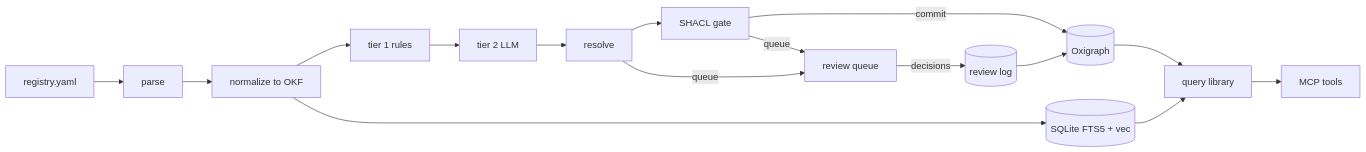
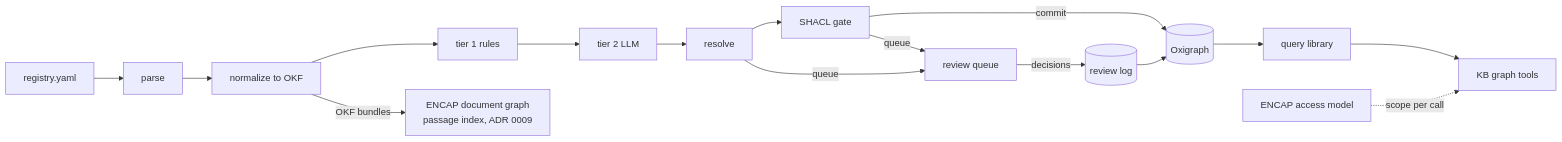
One commit to semanticarchitectures/acquisition-knowledge-system changed the diagram in .kiro/specs/knowledge-base-prototype/design.md. Above: the diagram before and after it, drawn with Mermaid. The commit also changed other lines of this file and 11 other files, not shown here.

````diff
--- a/.kiro/specs/knowledge-base-prototype/design.md
+++ b/.kiro/specs/knowledge-base-prototype/design.md
@@ -16,12 +20,12 @@
 ```mermaid
 flowchart LR
   R[registry.yaml] --> P[parse] --> N[normalize to OKF] --> E1[tier 1 rules] --> E2[tier 2 LLM] --> ER[resolve] --> G[SHACL gate]
   G -->|commit| KG[(Oxigraph)]
   G -->|queue| RQ[review queue]
   ER -->|queue| RQ
   RQ -->|decisions| LOG[(review log)]
   LOG --> KG
-  N --> IDX[(SQLite FTS5 + vec)]
-  KG --> Q[query library] --> MCP[MCP tools]
-  IDX --> Q
+  N -->|OKF bundles| ENC[ENCAP document graph<br/>passage index, ADR 0009]
+  KG --> Q[query library] --> MCP[KB graph tools]
+  POL[ENCAP access model] -.->|scope per call| MCP
 ```
````
